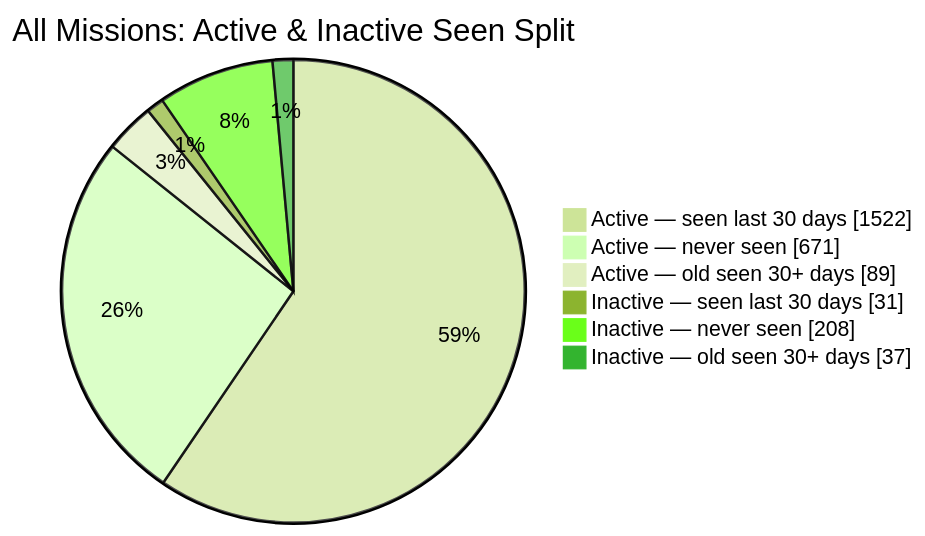
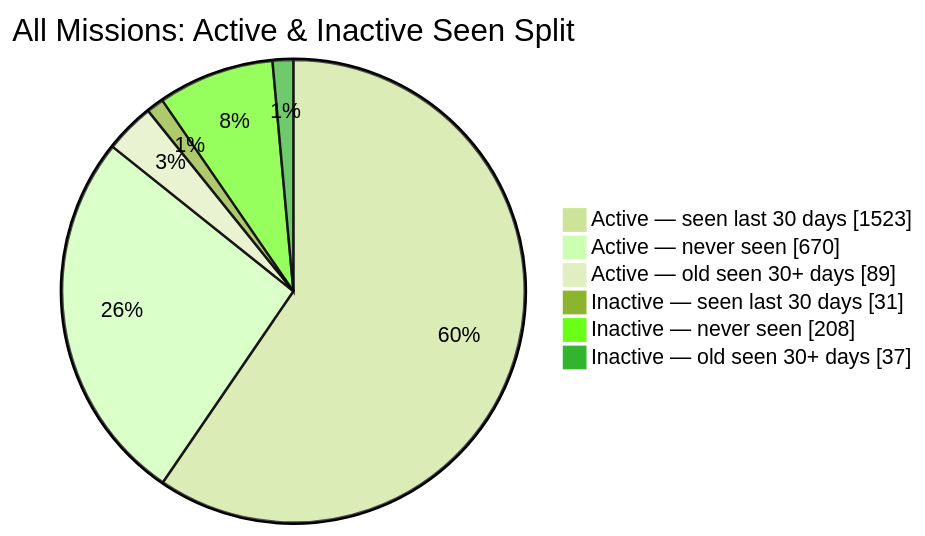
The second of 2 diagrams in README.md (MeldkamerspelGameTeam/active-missions), drawn with Mermaid (forest theme) before and after one commit. The commit also changed other lines of this file and 2 other files, not shown here.

````diff
--- a/README.md
+++ b/README.md
@@ -44,10 +44,10 @@
 ```mermaid
 pie showData
     title All Missions: Active & Inactive Seen Split
-    "Active — seen last 30 days" : 1522
-    "Active — never seen" : 671
+    "Active — seen last 30 days" : 1523
+    "Active — never seen" : 670
     "Active — old seen 30+ days" : 89
     "Inactive — seen last 30 days" : 31
     "Inactive — never seen" : 208
     "Inactive — old seen 30+ days" : 37
 ```
````
